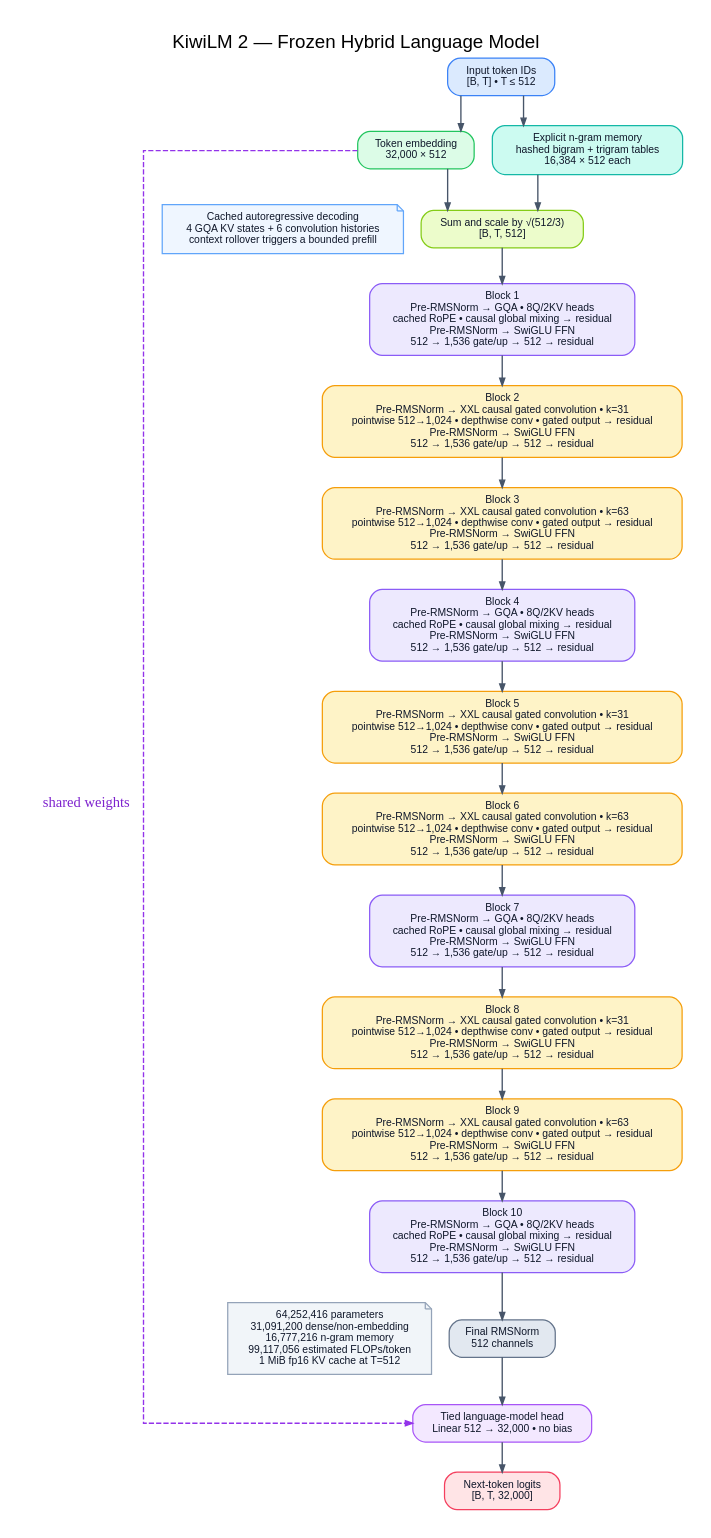
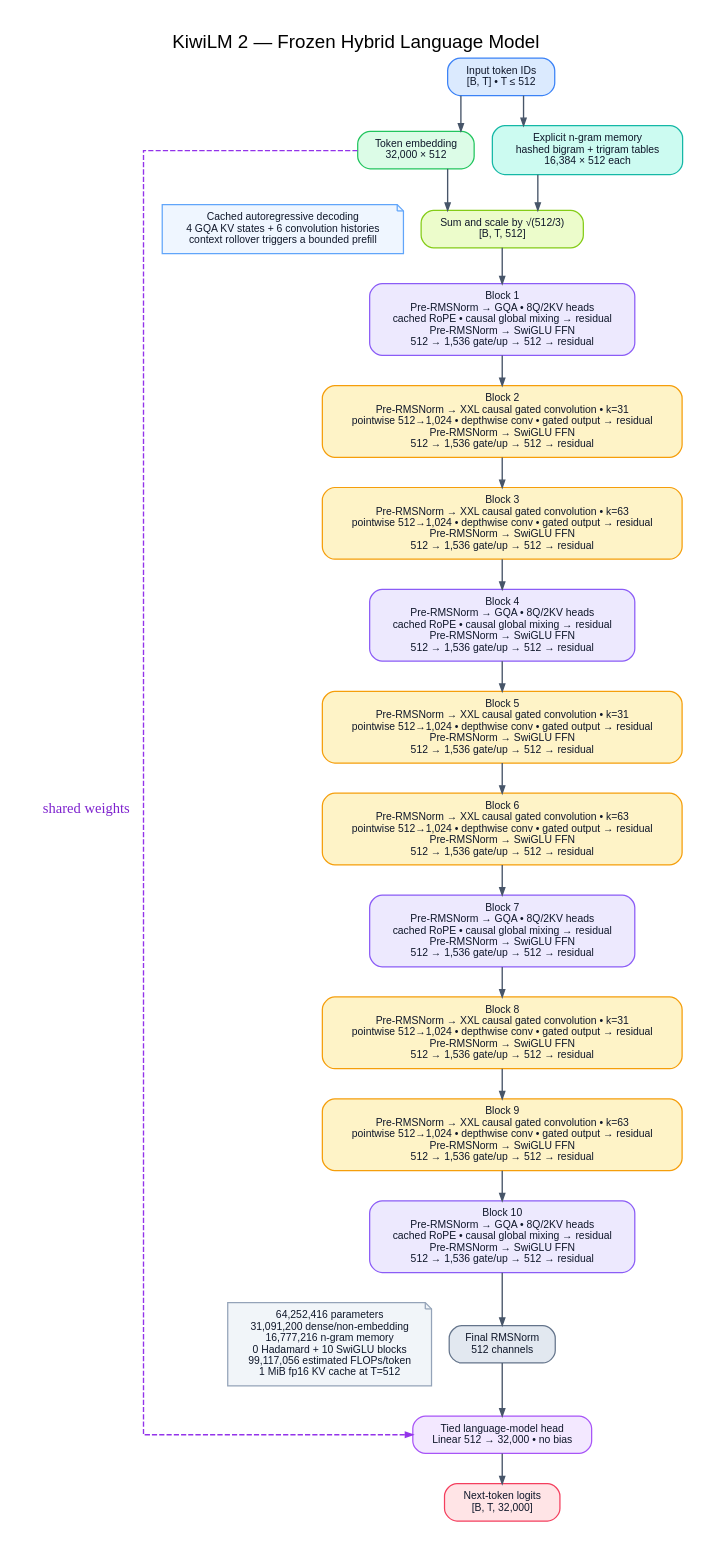
Before and after one commit to Tasty-Kiwi/KiwiLM: the diagram in docs/kiwilm2.dot, drawn with Graphviz. The commit also changed 35 other files, not shown here.

```diff
--- a/docs/kiwilm2.dot
+++ b/docs/kiwilm2.dot
@@ -1,71 +1,71 @@
 digraph KiwiLM2 {
     graph [
         rankdir=TB,
         bgcolor="#FFFFFF",
         pad=0.28,
         nodesep=0.24,
         ranksep=0.40,
         splines=ortho,
         fontname="Helvetica",
         fontsize=18,
         label="KiwiLM 2 — Frozen Hybrid Language Model",
         labelloc=t
     ];
 
     node [
         shape=box,
         style="rounded,filled",
         color="#64748B",
         fillcolor="#F8FAFC",
         fontcolor="#0F172A",
         fontname="Helvetica",
         fontsize=10,
         margin="0.18,0.10",
         penwidth=1.2
     ];
 
     edge [color="#475569", arrowsize=0.7, penwidth=1.3];
 
     input [label="Input token IDs\n[B, T] • T ≤ 512", fillcolor="#DBEAFE", color="#3B82F6"];
     token_embedding [label="Token embedding\n32,000 × 512", fillcolor="#DCFCE7", color="#22C55E"];
     ngram_memory [label="Explicit n-gram memory\nhashed bigram + trigram tables\n16,384 × 512 each", fillcolor="#CCFBF1", color="#14B8A6"];
     embedding_sum [label="Sum and scale by √(512/3)\n[B, T, 512]", fillcolor="#ECFCCB", color="#84CC16"];
 
     block_1 [label="Block 1\nPre-RMSNorm → GQA • 8Q/2KV heads\ncached RoPE • causal global mixing → residual\nPre-RMSNorm → SwiGLU FFN\n512 → 1,536 gate/up → 512 → residual", fillcolor="#EDE9FE", color="#8B5CF6"];
     block_2 [label="Block 2\nPre-RMSNorm → XXL causal gated convolution • k=31\npointwise 512→1,024 • depthwise conv • gated output → residual\nPre-RMSNorm → SwiGLU FFN\n512 → 1,536 gate/up → 512 → residual", fillcolor="#FEF3C7", color="#F59E0B"];
     block_3 [label="Block 3\nPre-RMSNorm → XXL causal gated convolution • k=63\npointwise 512→1,024 • depthwise conv • gated output → residual\nPre-RMSNorm → SwiGLU FFN\n512 → 1,536 gate/up → 512 → residual", fillcolor="#FEF3C7", color="#F59E0B"];
     block_4 [label="Block 4\nPre-RMSNorm → GQA • 8Q/2KV heads\ncached RoPE • causal global mixing → residual\nPre-RMSNorm → SwiGLU FFN\n512 → 1,536 gate/up → 512 → residual", fillcolor="#EDE9FE", color="#8B5CF6"];
     block_5 [label="Block 5\nPre-RMSNorm → XXL causal gated convolution • k=31\npointwise 512→1,024 • depthwise conv • gated output → residual\nPre-RMSNorm → SwiGLU FFN\n512 → 1,536 gate/up → 512 → residual", fillcolor="#FEF3C7", color="#F59E0B"];
     block_6 [label="Block 6\nPre-RMSNorm → XXL causal gated convolution • k=63\npointwise 512→1,024 • depthwise conv • gated output → residual\nPre-RMSNorm → SwiGLU FFN\n512 → 1,536 gate/up → 512 → residual", fillcolor="#FEF3C7", color="#F59E0B"];
     block_7 [label="Block 7\nPre-RMSNorm → GQA • 8Q/2KV heads\ncached RoPE • causal global mixing → residual\nPre-RMSNorm → SwiGLU FFN\n512 → 1,536 gate/up → 512 → residual", fillcolor="#EDE9FE", color="#8B5CF6"];
     block_8 [label="Block 8\nPre-RMSNorm → XXL causal gated convolution • k=31\npointwise 512→1,024 • depthwise conv • gated output → residual\nPre-RMSNorm → SwiGLU FFN\n512 → 1,536 gate/up → 512 → residual", fillcolor="#FEF3C7", color="#F59E0B"];
     block_9 [label="Block 9\nPre-RMSNorm → XXL causal gated convolution • k=63\npointwise 512→1,024 • depthwise conv • gated output → residual\nPre-RMSNorm → SwiGLU FFN\n512 → 1,536 gate/up → 512 → residual", fillcolor="#FEF3C7", color="#F59E0B"];
     block_10 [label="Block 10\nPre-RMSNorm → GQA • 8Q/2KV heads\ncached RoPE • causal global mixing → residual\nPre-RMSNorm → SwiGLU FFN\n512 → 1,536 gate/up → 512 → residual", fillcolor="#EDE9FE", color="#8B5CF6"];
 
     final_norm [label="Final RMSNorm\n512 channels", fillcolor="#E2E8F0", color="#64748B"];
     lm_head [label="Tied language-model head\nLinear 512 → 32,000 • no bias", fillcolor="#F3E8FF", color="#A855F7"];
     logits [label="Next-token logits\n[B, T, 32,000]", fillcolor="#FFE4E6", color="#F43F5E"];
-    summary [shape=note, style="filled", label="64,252,416 parameters\n31,091,200 dense/non-embedding\n16,777,216 n-gram memory\n99,117,056 estimated FLOPs/token\n1 MiB fp16 KV cache at T=512", fillcolor="#F1F5F9", color="#94A3B8"];
+    summary [shape=note, style="filled", label="64,252,416 parameters\n31,091,200 dense/non-embedding\n16,777,216 n-gram memory\n0 Hadamard + 10 SwiGLU blocks\n99,117,056 estimated FLOPs/token\n1 MiB fp16 KV cache at T=512", fillcolor="#F1F5F9", color="#94A3B8"];
     cache [shape=note, style="filled", label="Cached autoregressive decoding\n4 GQA KV states + 6 convolution histories\ncontext rollover triggers a bounded prefill", fillcolor="#EFF6FF", color="#60A5FA"];
 
     input -> token_embedding;
     input -> ngram_memory;
     token_embedding -> embedding_sum;
     ngram_memory -> embedding_sum;
     embedding_sum -> block_1;
     block_1 -> block_2;
     block_2 -> block_3;
     block_3 -> block_4;
     block_4 -> block_5;
     block_5 -> block_6;
     block_6 -> block_7;
     block_7 -> block_8;
     block_8 -> block_9;
     block_9 -> block_10;
     block_10 -> final_norm -> lm_head -> logits;
     token_embedding -> lm_head [xlabel="shared weights", style=dashed, color="#9333EA", fontcolor="#7E22CE", constraint=false];
     { rank=same; embedding_sum; cache; }
     cache -> embedding_sum [style=invis];
     { rank=same; final_norm; summary; }
     summary -> final_norm [style=invis];
 }
```
